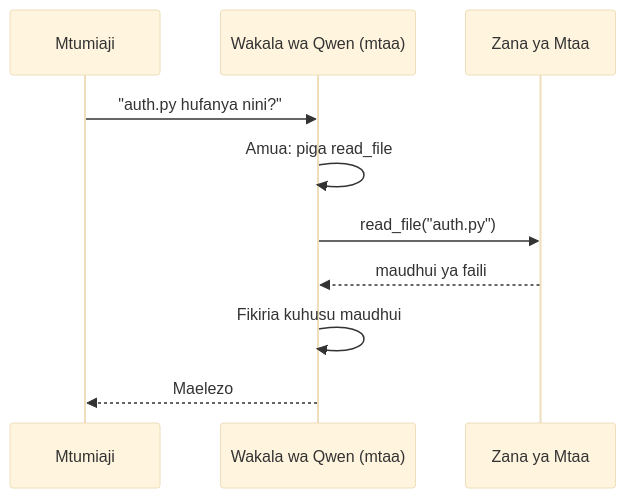
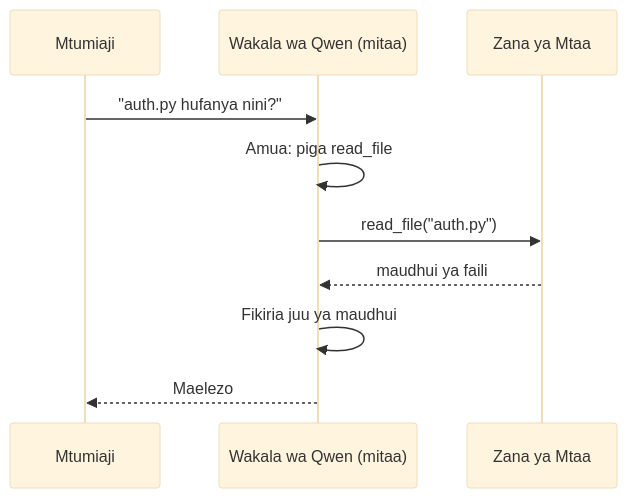
The second of 4 diagrams in mirrors/repos/microsoft@ai-agents-for-beginners/translations/sw/17-creating-local-ai-agents/README.md (gabrielmoreira/agent-skills-mirror), drawn with Mermaid (base theme) before and after one commit. The commit also changed other lines of this file and 4262 other files, not shown here.

````diff
--- a/mirrors/repos/microsoft@ai-agents-for-beginners/translations/sw/17-creating-local-ai-agents/README.md
+++ b/mirrors/repos/microsoft@ai-agents-for-beginners/translations/sw/17-creating-local-ai-agents/README.md
@@ -106,12 +106,12 @@
 ```mermaid
 sequenceDiagram
     participant U as Mtumiaji
-    participant A as Wakala wa Qwen (mtaa)
+    participant A as Wakala wa Qwen (mitaa)
     participant T as Zana ya Mtaa
     U->>A: "auth.py hufanya nini?"
     A->>A: Amua: piga read_file
     A->>T: read_file("auth.py")
     T-->>A: maudhui ya faili
-    A->>A: Fikiria kuhusu maudhui
+    A->>A: Fikiria juu ya maudhui
     A-->>U: Maelezo
 ```
````
